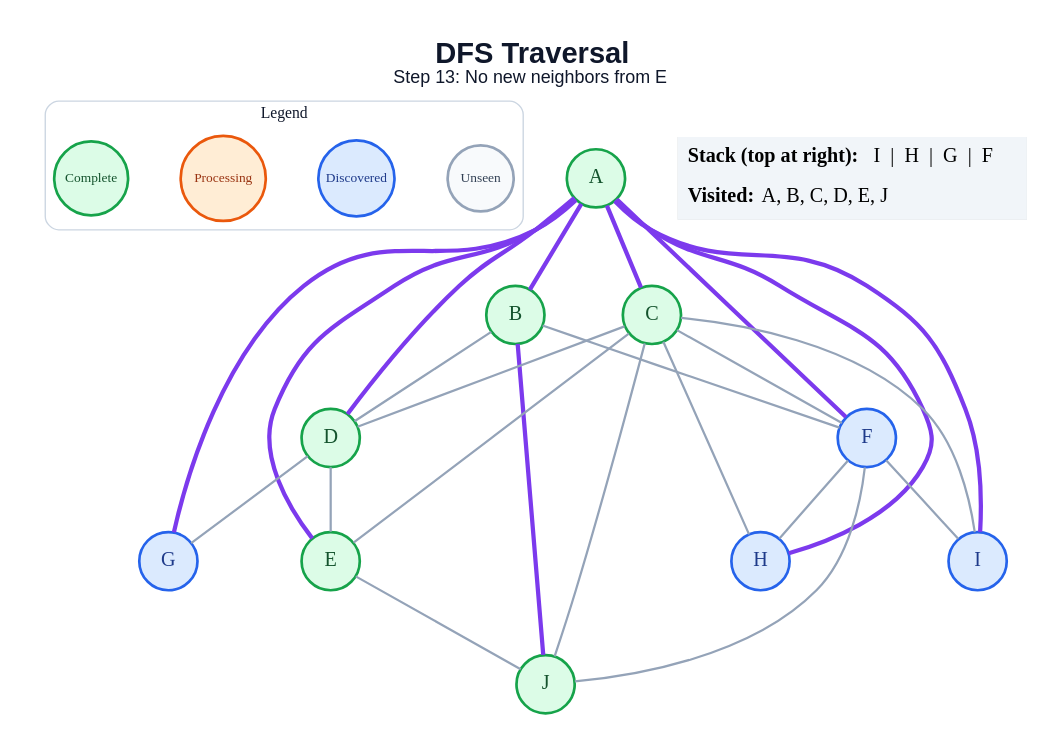
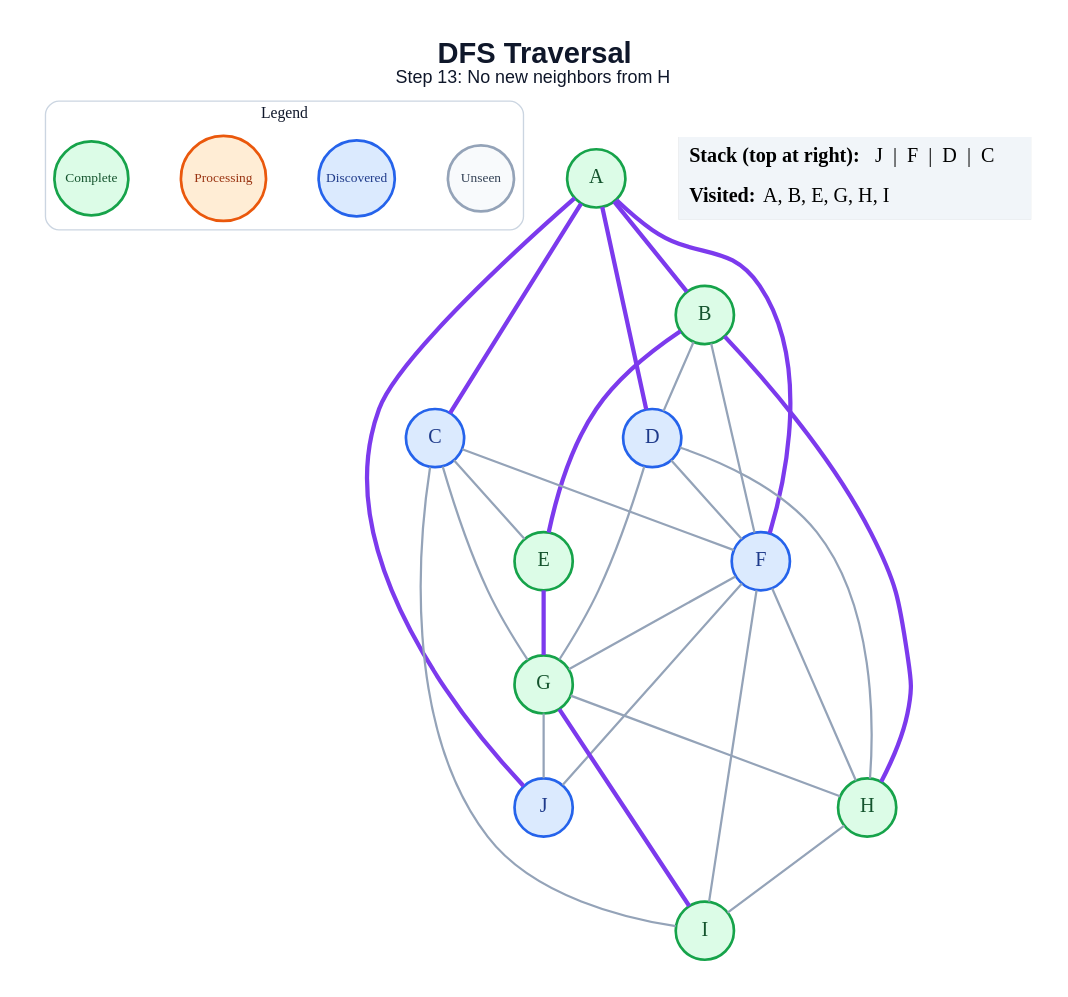
Before and after one commit to amanghodawala9/ai-slop: the diagram in generated/dfs/step_13.dot, drawn with Graphviz. The commit also changed 178 other files, not shown here.

```diff
--- a/generated/dfs/step_13.dot
+++ b/generated/dfs/step_13.dot
@@ -1,52 +1,54 @@
 graph traversal {
   graph [layout=dot, rankdir=TB, bgcolor="#FFFFFF", pad="0.35", nodesep="0.65", ranksep="0.8", fontname="Arial"];
   node [shape=circle, style="filled", fontname="Arial Bold", fontsize=18, width=0.72, fixedsize=true, penwidth=2.4];
   edge [color="#94A3B8", penwidth=2.0];
-  label=<<B>DFS Traversal</B><BR/><FONT POINT-SIZE="16">Step 13: No new neighbors from E</FONT>>; labelloc="t"; fontsize=26; fontname="Arial"; fontcolor="#0F172A";
+  label=<<B>DFS Traversal</B><BR/><FONT POINT-SIZE="16">Step 13: No new neighbors from H</FONT>>; labelloc="t"; fontsize=26; fontname="Arial"; fontcolor="#0F172A";
   subgraph cluster_legend { label="Legend"; color="#CBD5E1"; penwidth=1.2; style="rounded"; fontsize=14; fontname="Arial Bold";
     key_unseen [label="Unseen", fillcolor="#F8FAFC", color="#94A3B8", fontcolor="#334155", fontsize=12, width=0.82];
     key_frontier [label="Discovered", fillcolor="#DBEAFE", color="#2563EB", fontcolor="#1E3A8A", fontsize=12, width=0.95];
     key_current [label="Processing", fillcolor="#FFEDD5", color="#EA580C", fontcolor="#9A3412", fontsize=12, width=1.05];
     key_done [label="Complete", fillcolor="#DCFCE7", color="#16A34A", fontcolor="#14532D", fontsize=12, width=0.92];
     { rank=same; key_unseen; key_frontier; key_current; key_done; }
   }
   A [fillcolor="#DCFCE7", color="#16A34A", fontcolor="#14532D"];
   B [fillcolor="#DCFCE7", color="#16A34A", fontcolor="#14532D"];
-  C [fillcolor="#DCFCE7", color="#16A34A", fontcolor="#14532D"];
-  D [fillcolor="#DCFCE7", color="#16A34A", fontcolor="#14532D"];
+  C [fillcolor="#DBEAFE", color="#2563EB", fontcolor="#1E3A8A"];
+  D [fillcolor="#DBEAFE", color="#2563EB", fontcolor="#1E3A8A"];
   E [fillcolor="#DCFCE7", color="#16A34A", fontcolor="#14532D"];
   F [fillcolor="#DBEAFE", color="#2563EB", fontcolor="#1E3A8A"];
-  G [fillcolor="#DBEAFE", color="#2563EB", fontcolor="#1E3A8A"];
-  H [fillcolor="#DBEAFE", color="#2563EB", fontcolor="#1E3A8A"];
-  I [fillcolor="#DBEAFE", color="#2563EB", fontcolor="#1E3A8A"];
-  J [fillcolor="#DCFCE7", color="#16A34A", fontcolor="#14532D"];
+  G [fillcolor="#DCFCE7", color="#16A34A", fontcolor="#14532D"];
+  H [fillcolor="#DCFCE7", color="#16A34A", fontcolor="#14532D"];
+  I [fillcolor="#DCFCE7", color="#16A34A", fontcolor="#14532D"];
+  J [fillcolor="#DBEAFE", color="#2563EB", fontcolor="#1E3A8A"];
   A -- B [color="#7C3AED", penwidth=3.8];
   A -- C [color="#7C3AED", penwidth=3.8];
   A -- D [color="#7C3AED", penwidth=3.8];
-  A -- E [color="#7C3AED", penwidth=3.8];
   A -- F [color="#7C3AED", penwidth=3.8];
-  A -- G [color="#7C3AED", penwidth=3.8];
-  A -- H [color="#7C3AED", penwidth=3.8];
-  A -- I [color="#7C3AED", penwidth=3.8];
+  A -- J [color="#7C3AED", penwidth=3.8];
   B -- D;
+  B -- E [color="#7C3AED", penwidth=3.8];
   B -- F;
-  B -- J [color="#7C3AED", penwidth=3.8];
-  C -- D;
+  B -- H [color="#7C3AED", penwidth=3.8];
   C -- E;
   C -- F;
-  C -- H;
+  C -- G;
   C -- I;
-  C -- J;
-  D -- E;
+  D -- F;
   D -- G;
-  E -- J;
+  D -- H;
+  E -- G [color="#7C3AED", penwidth=3.8];
+  F -- G;
   F -- H;
   F -- I;
   F -- J;
+  G -- H;
+  G -- I [color="#7C3AED", penwidth=3.8];
+  G -- J;
+  H -- I;
   status [shape=plain, fixedsize=false, width=0, height=0, margin=0, label=<
     <TABLE BORDER="0" CELLBORDER="0" CELLPADDING="7" BGCOLOR="#F1F5F9">
-      <TR><TD ALIGN="LEFT"><B>Stack (top at right):</B> I  |  H  |  G  |  F</TD></TR>
-      <TR><TD ALIGN="LEFT"><B>Visited:</B> A, B, C, D, E, J</TD></TR>
+      <TR><TD ALIGN="LEFT"><B>Stack (top at right):</B> J  |  F  |  D  |  C</TD></TR>
+      <TR><TD ALIGN="LEFT"><B>Visited:</B> A, B, E, G, H, I</TD></TR>
     </TABLE>
   >];
 }
```
